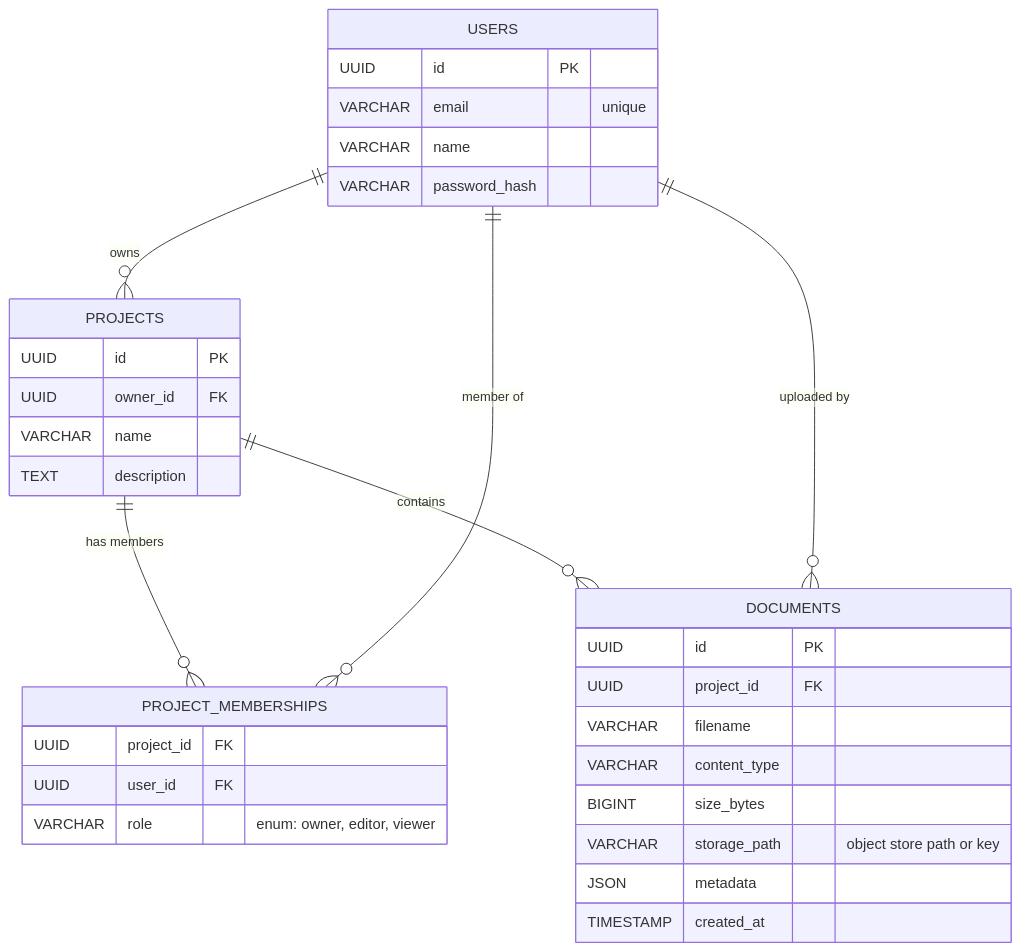
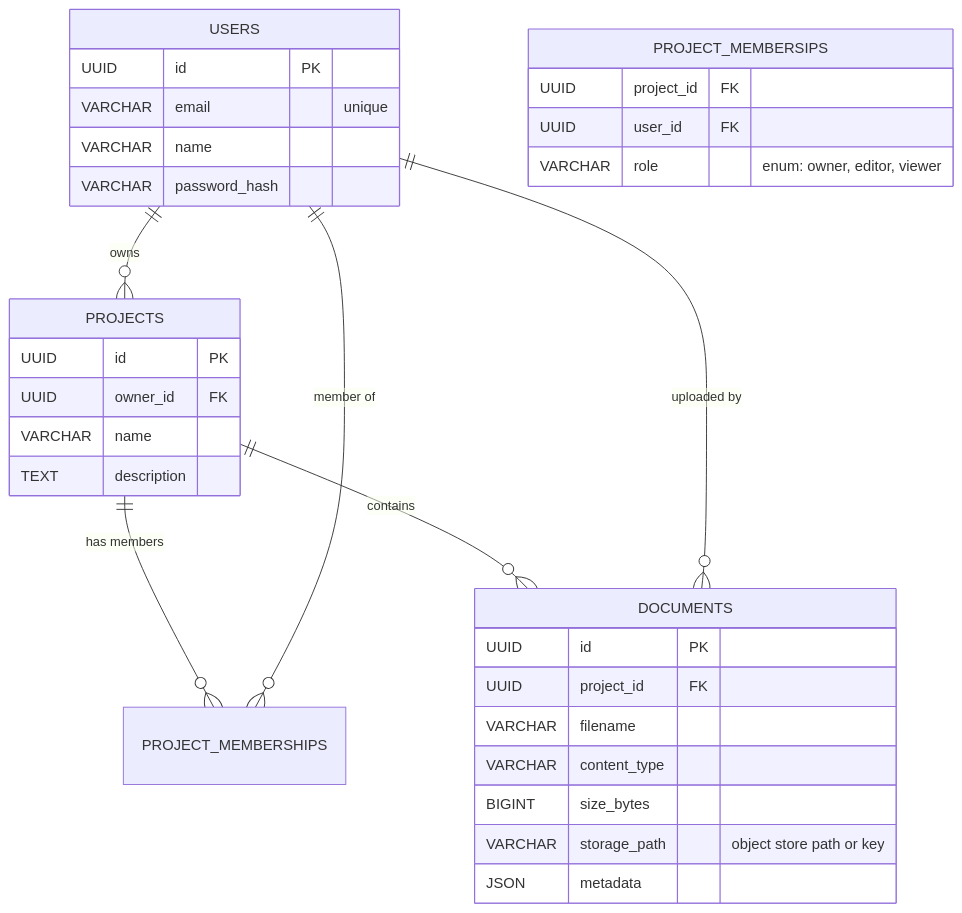
The second of 2 diagrams in README.md (Korius668/Project-management-server), drawn with Mermaid before and after one commit. The commit also changed other lines of this file and 2 other files, not shown here.

````diff
--- a/README.md
+++ b/README.md
@@ -80,39 +80,38 @@
 ```mermaid
 erDiagram
     USERS {
         UUID id PK
         VARCHAR email "unique"
         VARCHAR name
         VARCHAR password_hash
     }
 
     PROJECTS {
         UUID id PK
         UUID owner_id FK
         VARCHAR name
         TEXT description
     }
 
-    PROJECT_MEMBERSHIPS {
+    PROJECT_MEMBERSIPS {
         UUID project_id FK
         UUID user_id FK
         VARCHAR role "enum: owner, editor, viewer"
     }
 
     DOCUMENTS {
         UUID id PK
         UUID project_id FK
         VARCHAR filename
         VARCHAR content_type
         BIGINT size_bytes
         VARCHAR storage_path "object store path or key"
         JSON metadata
-        TIMESTAMP created_at
     }
 
     USERS ||--o{ PROJECTS : owns
     PROJECTS ||--o{ PROJECT_MEMBERSHIPS : "has members"
     USERS ||--o{ PROJECT_MEMBERSHIPS : "member of"
     PROJECTS ||--o{ DOCUMENTS : "contains"
     USERS ||--o{ DOCUMENTS : "uploaded by"
 ```
````
